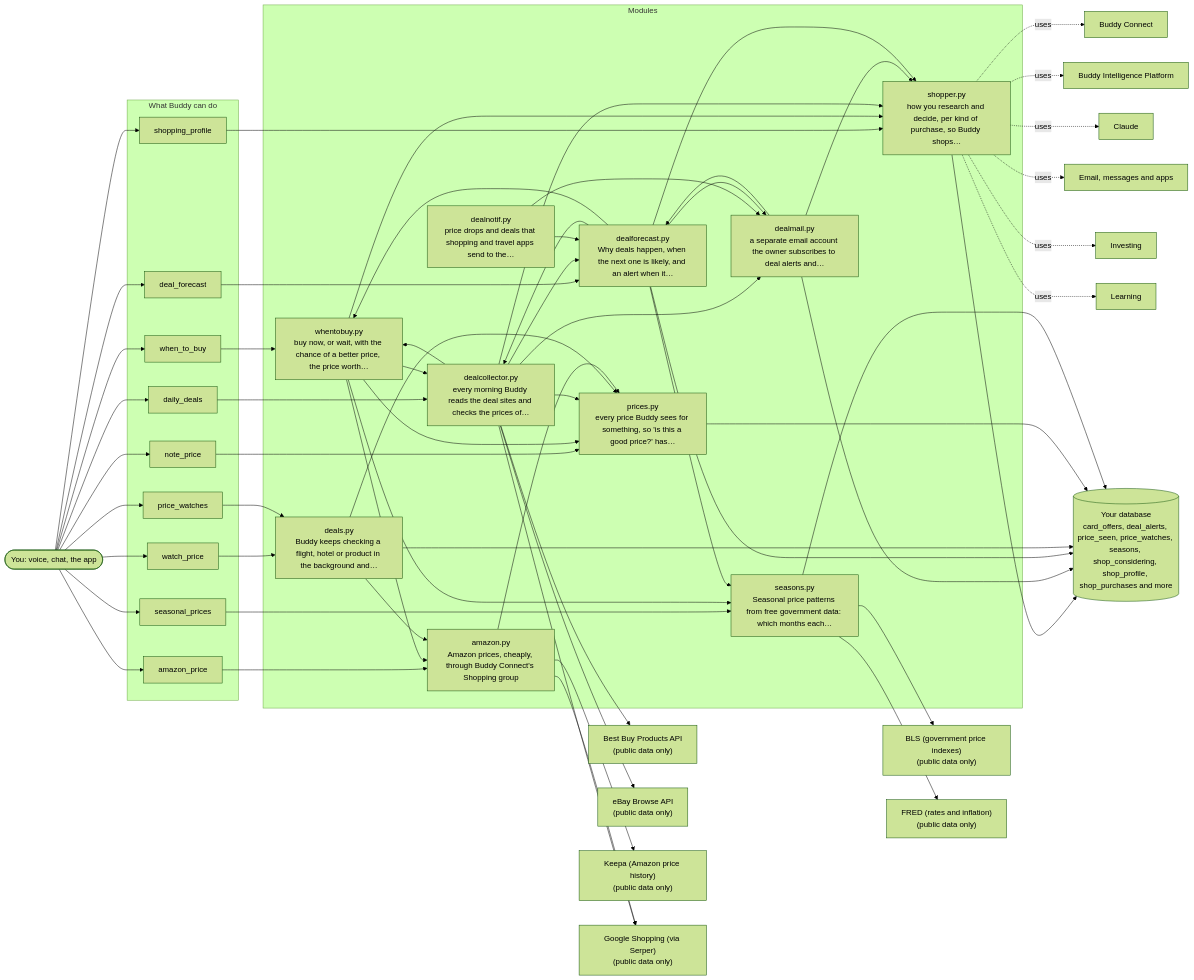
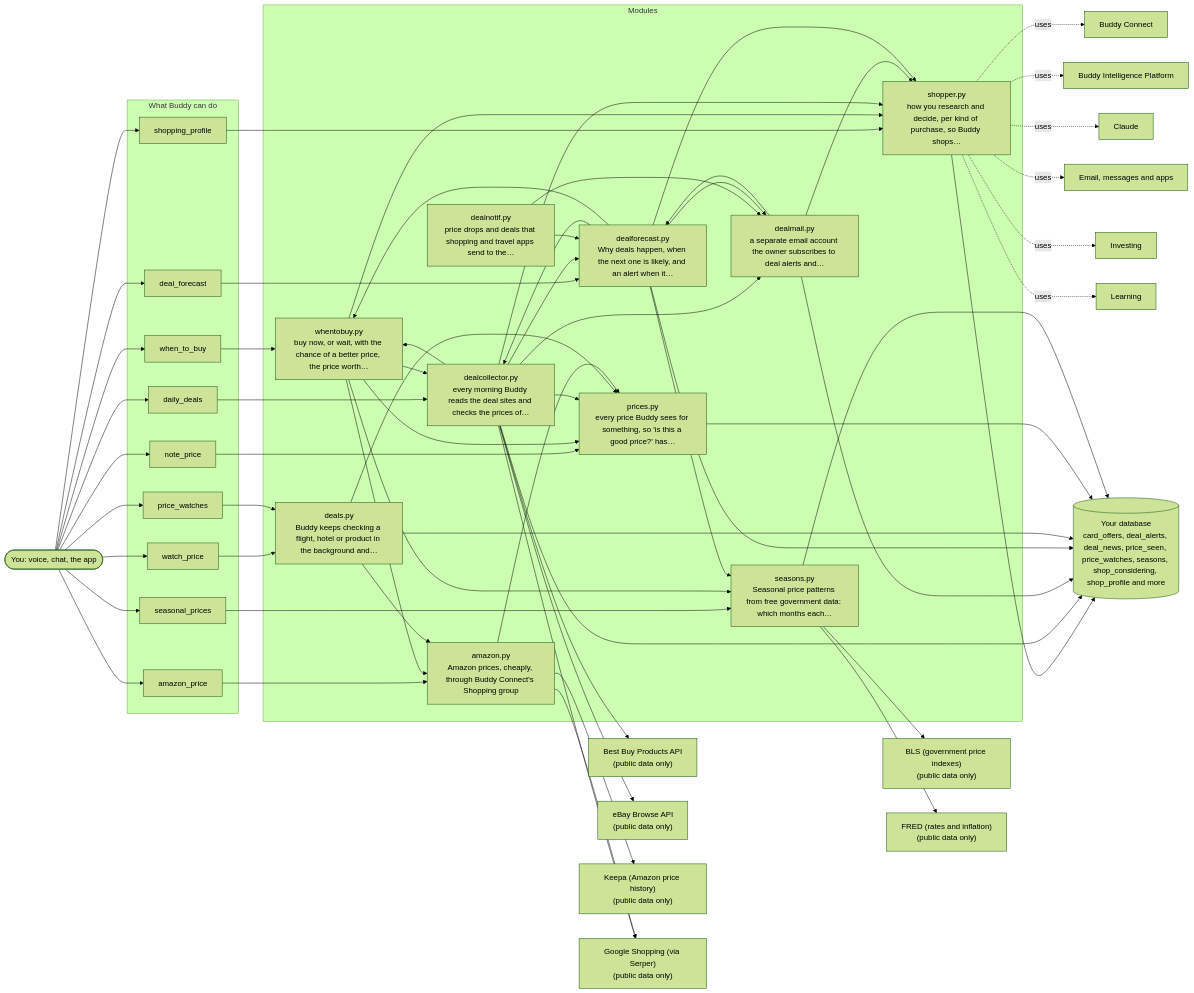
The diagram in docs/architecture/10-shopping-and-deals.md (aneesh304810/BuddyAgent), drawn with Mermaid (forest theme) before and after one commit. The commit also changed other lines of this file and 7 other files, not shown here.

```diff
--- a/docs/architecture/10-shopping-and-deals.md
+++ b/docs/architecture/10-shopping-and-deals.md
@@ -70,8 +70,9 @@
     deals_py --> amazon_py
     deals_py --> prices_py
     amazon_py --> prices_py
-    db[("Your database<br/>card_offers, deal_alerts, price_seen, price_watches, seasons, shop_considering, shop_profile, shop_purchases and more")]
+    db[("Your database<br/>card_offers, deal_alerts, deal_news, price_seen, price_watches, seasons, shop_considering, shop_profile and more")]
     shopper_py --> db
+    dealcollector_py --> db
     dealmail_py --> db
     dealforecast_py --> db
     deals_py --> db
```
